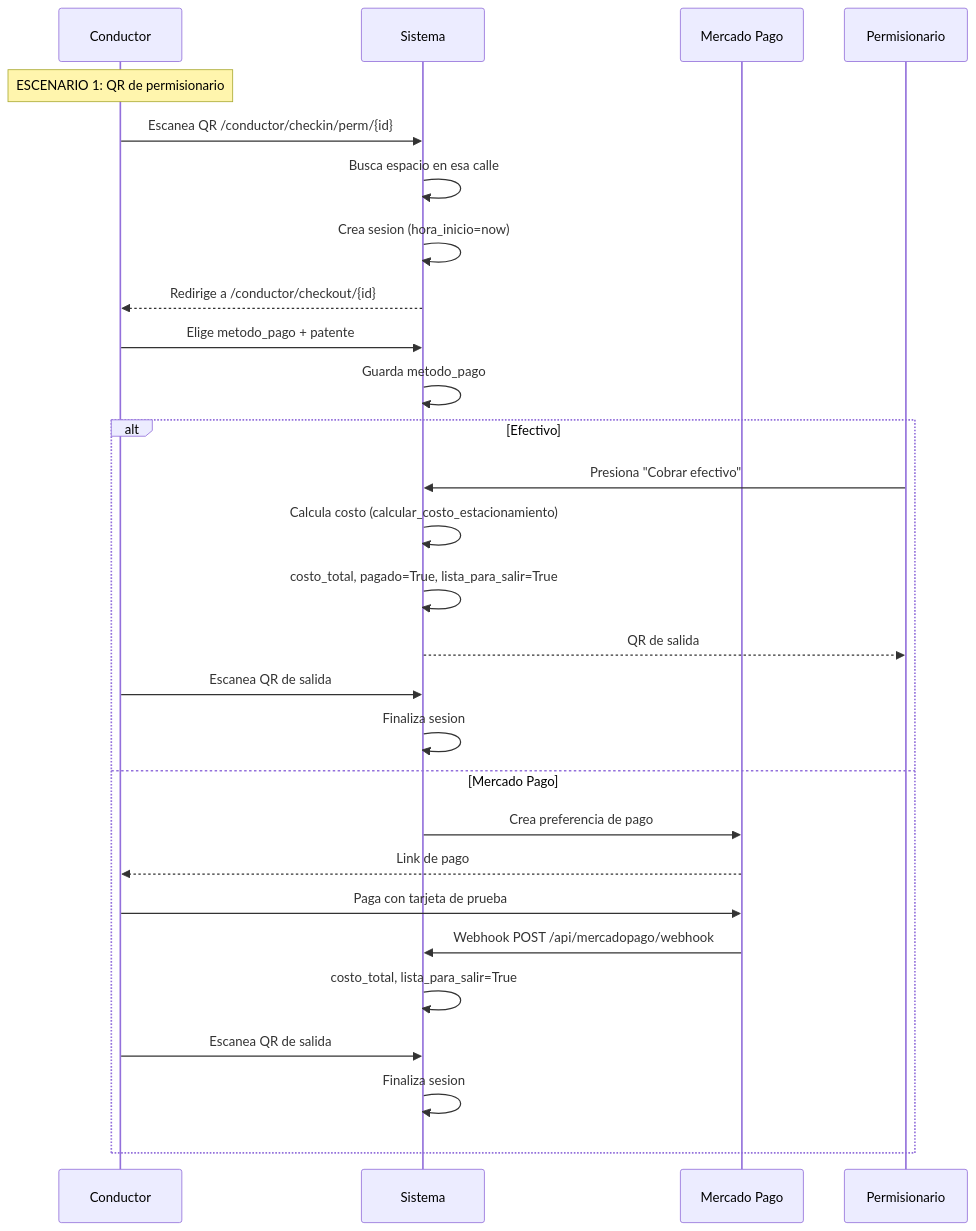
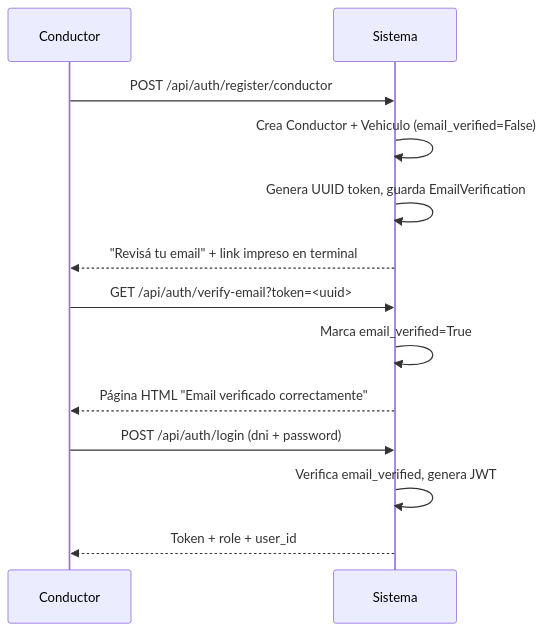
One commit to gildoadiaz-tech/estacionamiento-medido changed the third of 7 diagrams in docs/arquitectura.md. Above: the diagram before and after it, drawn with Mermaid. The commit also changed other lines of this file and 52 other files, not shown here.

First line of the commit message:
docs: actualiza README + docs con v2.0 completo (4 roles, IDEMSA fix, registro por email, PWA, MP simulado)

````diff
--- a/docs/arquitectura.md
+++ b/docs/arquitectura.md
@@ -136,33 +186,15 @@
 ```mermaid
 sequenceDiagram
     participant C as Conductor
     participant S as Sistema
-    participant MP as Mercado Pago
-    participant P as Permisionario
-
-    Note over C: ESCENARIO 1: QR de permisionario
-    C->>S: Escanea QR /conductor/checkin/perm/{id}
-    S->>S: Busca espacio en esa calle
-    S->>S: Crea sesion (hora_inicio=now)
-    S-->>C: Redirige a /conductor/checkout/{id}
-    
-    C->>S: Elige metodo_pago + patente
-    S->>S: Guarda metodo_pago
-
-    alt Efectivo
-        P->>S: Presiona "Cobrar efectivo"
-        S->>S: Calcula costo (calcular_costo_estacionamiento)
-        S->>S: costo_total, pagado=True, lista_para_salir=True
-        S-->>P: QR de salida
-        C->>S: Escanea QR de salida
-        S->>S: Finaliza sesion
-    else Mercado Pago
-        S->>MP: Crea preferencia de pago
-        MP-->>C: Link de pago
-        C->>MP: Paga con tarjeta de prueba
-        MP->>S: Webhook POST /api/mercadopago/webhook
-        S->>S: costo_total, lista_para_salir=True
-        C->>S: Escanea QR de salida
-        S->>S: Finaliza sesion
-    end
+    C->>S: POST /api/auth/register/conductor
+    S->>S: Crea Conductor + Vehiculo (email_verified=False)
+    S->>S: Genera UUID token, guarda EmailVerification
+    S-->>C: "Revisá tu email" + link impreso en terminal
+    C->>S: GET /api/auth/verify-email?token=<uuid>
+    S->>S: Marca email_verified=True
+    S-->>C: Página HTML "Email verificado correctamente"
+    C->>S: POST /api/auth/login (dni + password)
+    S->>S: Verifica email_verified, genera JWT
+    S-->>C: Token + role + user_id
 ```
````
